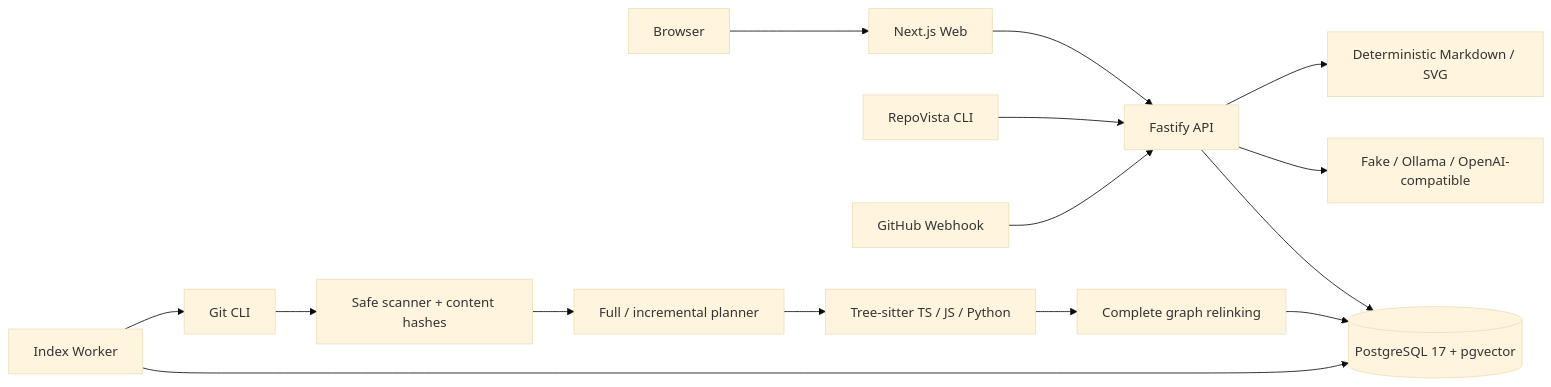
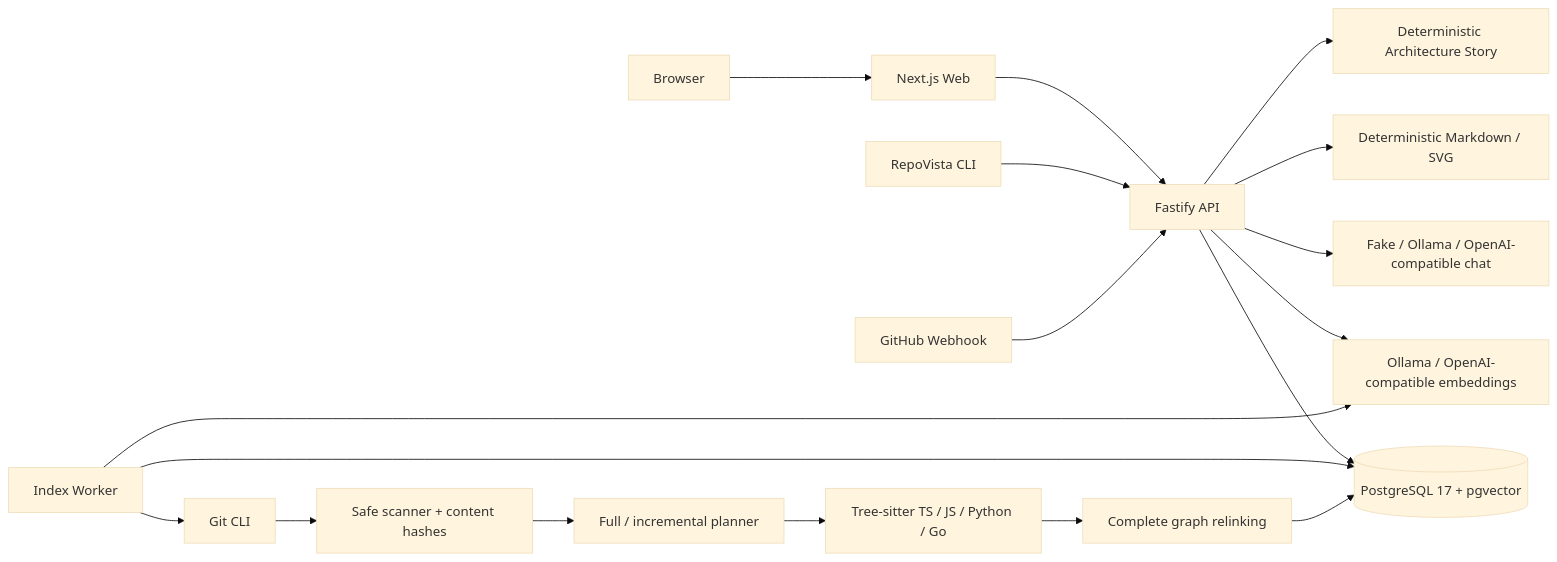
The diagram in docs/architecture/系统架构.md (githubyangjiaxun/repovista), drawn with Mermaid (base theme) before and after one commit. The commit also changed other lines of this file and 49 other files, not shown here.

````diff
--- a/docs/architecture/系统架构.md
+++ b/docs/architecture/系统架构.md
@@ -23,17 +27,20 @@
 ```mermaid
 flowchart LR
     Browser[Browser] --> Web[Next.js Web]
     Web --> API[Fastify API]
     CLI[RepoVista CLI] --> API
     GitHub[GitHub Webhook] --> API
     API --> PG[(PostgreSQL 17 + pgvector)]
-    API --> Provider[Fake / Ollama / OpenAI-compatible]
+    API --> Chat[Fake / Ollama / OpenAI-compatible chat]
+    API --> Embed[Ollama / OpenAI-compatible embeddings]
     API --> Exporter[Deterministic Markdown / SVG]
+    API --> Story[Deterministic Architecture Story]
     Worker[Index Worker] --> PG
+    Worker --> Embed
     Worker --> Git[Git CLI]
     Git --> Scan[Safe scanner + content hashes]
     Scan --> Plan[Full / incremental planner]
-    Plan --> Parser[Tree-sitter TS / JS / Python]
+    Plan --> Parser[Tree-sitter TS / JS / Python / Go]
     Parser --> Graph[Complete graph relinking]
     Graph --> PG
 ```
````
